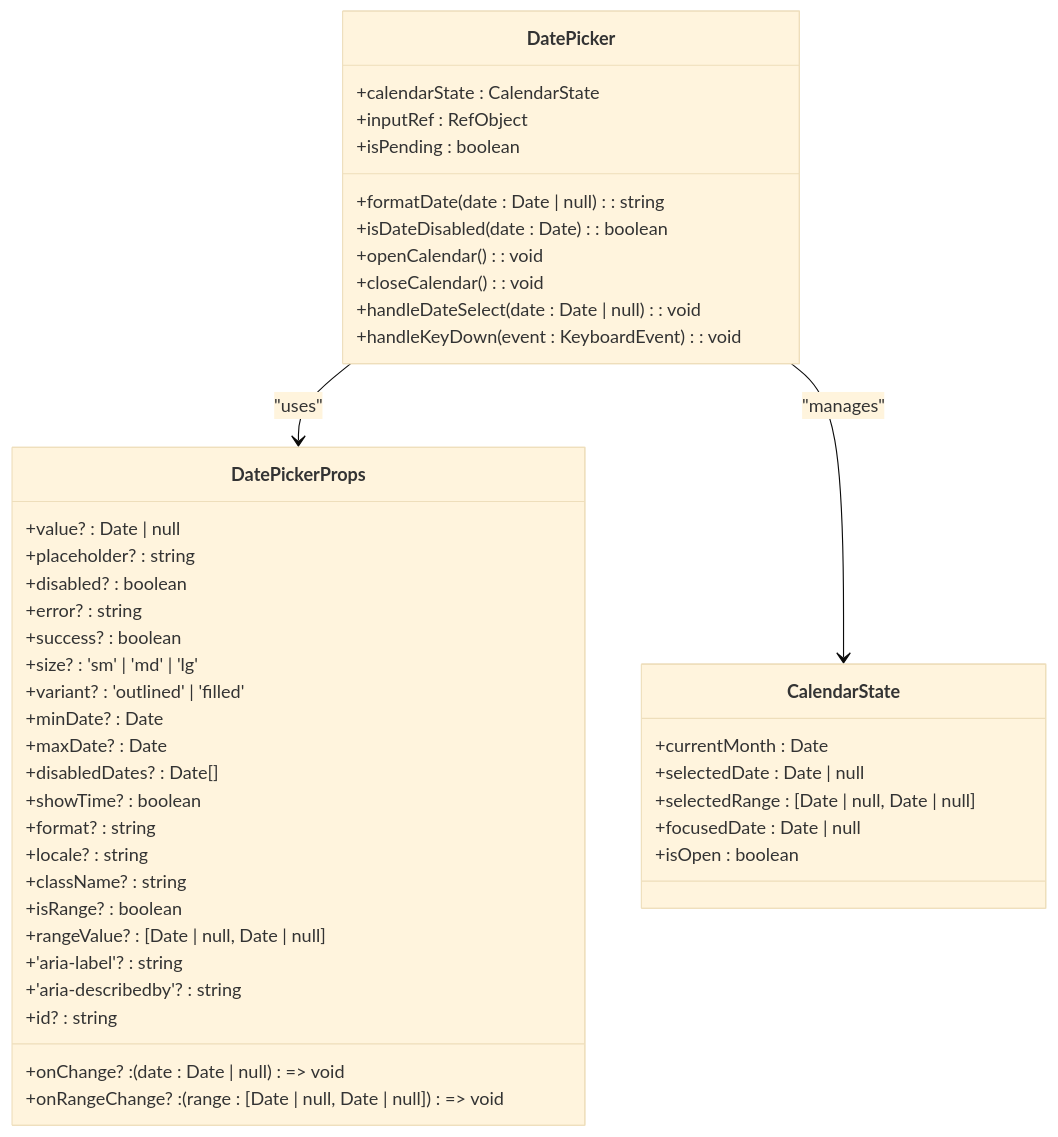
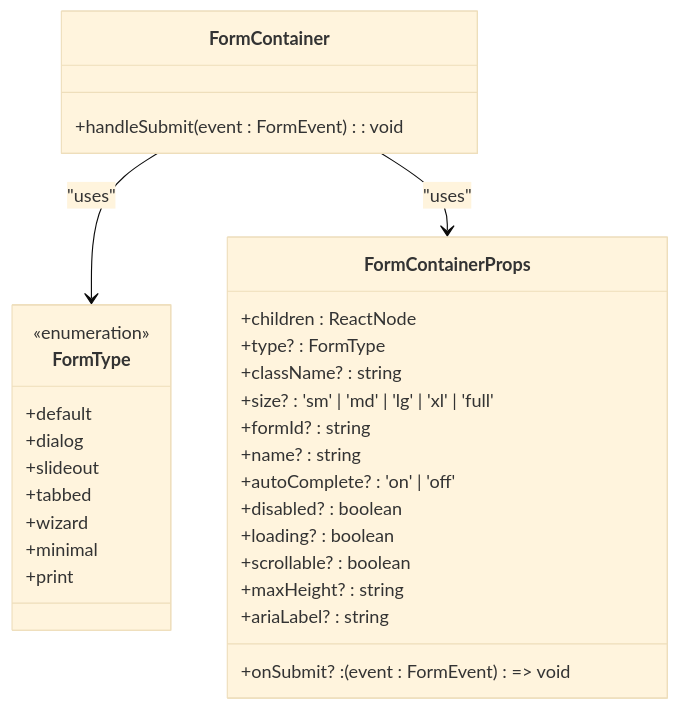
The sixth of 12 diagrams in .qoder/repowiki/en/content/UI Component Library/Form Components.md (geniusdynamics/schoolpilot), drawn with Mermaid (base theme) before and after one commit. The commit also changed other lines of this file and 6 other files, not shown here.

````diff
--- a/.qoder/repowiki/en/content/UI Component Library/Form Components.md
+++ b/.qoder/repowiki/en/content/UI Component Library/Form Components.md
@@ -382,46 +296,33 @@
 ```mermaid
 classDiagram
-class DatePickerProps {
-+value? : Date | null
-+onChange? : (date : Date | null) => void
-+placeholder? : string
+class FormType {
+<<enumeration>>
++default
++dialog
++slideout
++tabbed
++wizard
++minimal
++print
+}
+class FormContainerProps {
++children : ReactNode
++type? : FormType
++className? : string
++size? : 'sm' | 'md' | 'lg' | 'xl' | 'full'
++formId? : string
++onSubmit? : (event : FormEvent) => void
++name? : string
++autoComplete? : 'on' | 'off'
 +disabled? : boolean
-+error? : string
-+success? : boolean
-+size? : 'sm' | 'md' | 'lg'
-+variant? : 'outlined' | 'filled'
-+minDate? : Date
-+maxDate? : Date
-+disabledDates? : Date[]
-+showTime? : boolean
-+format? : string
-+locale? : string
-+className? : string
-+isRange? : boolean
-+rangeValue? : [Date | null, Date | null]
-+onRangeChange? : (range : [Date | null, Date | null]) => void
-+'aria-label'? : string
-+'aria-describedby'? : string
-+id? : string
++loading? : boolean
++scrollable? : boolean
++maxHeight? : string
++ariaLabel? : string
 }
-class CalendarState {
-+currentMonth : Date
-+selectedDate : Date | null
-+selectedRange : [Date | null, Date | null]
-+focusedDate : Date | null
-+isOpen : boolean
+class FormContainer {
++handleSubmit(event : FormEvent) : void
 }
-class DatePicker {
-+calendarState : CalendarState
-+inputRef : RefObject
-+isPending : boolean
-+formatDate(date : Date | null) : string
-+isDateDisabled(date : Date) : boolean
-+openCalendar() : void
-+closeCalendar() : void
-+handleDateSelect(date : Date | null) : void
-+handleKeyDown(event : KeyboardEvent) : void
-}
-DatePicker --> DatePickerProps : "uses"
-DatePicker --> CalendarState : "manages"
+FormContainer --> FormType : "uses"
+FormContainer --> FormContainerProps : "uses"
 ```
````
